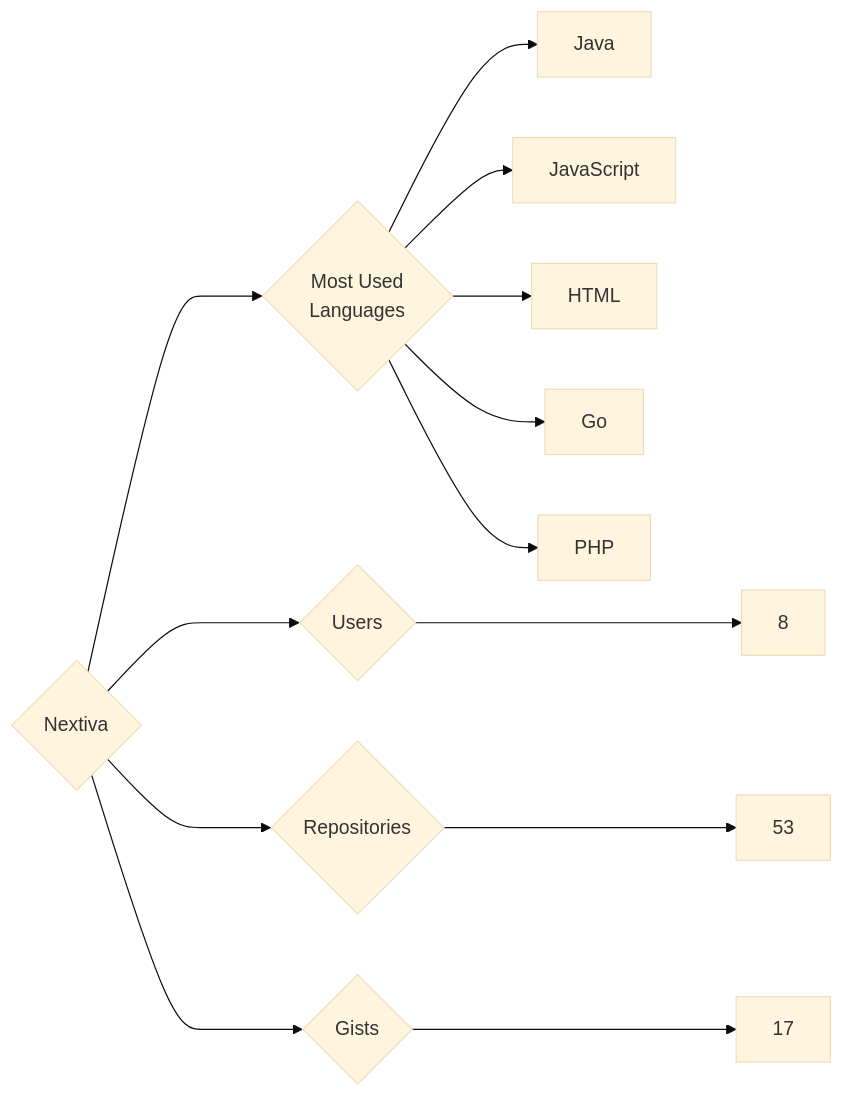
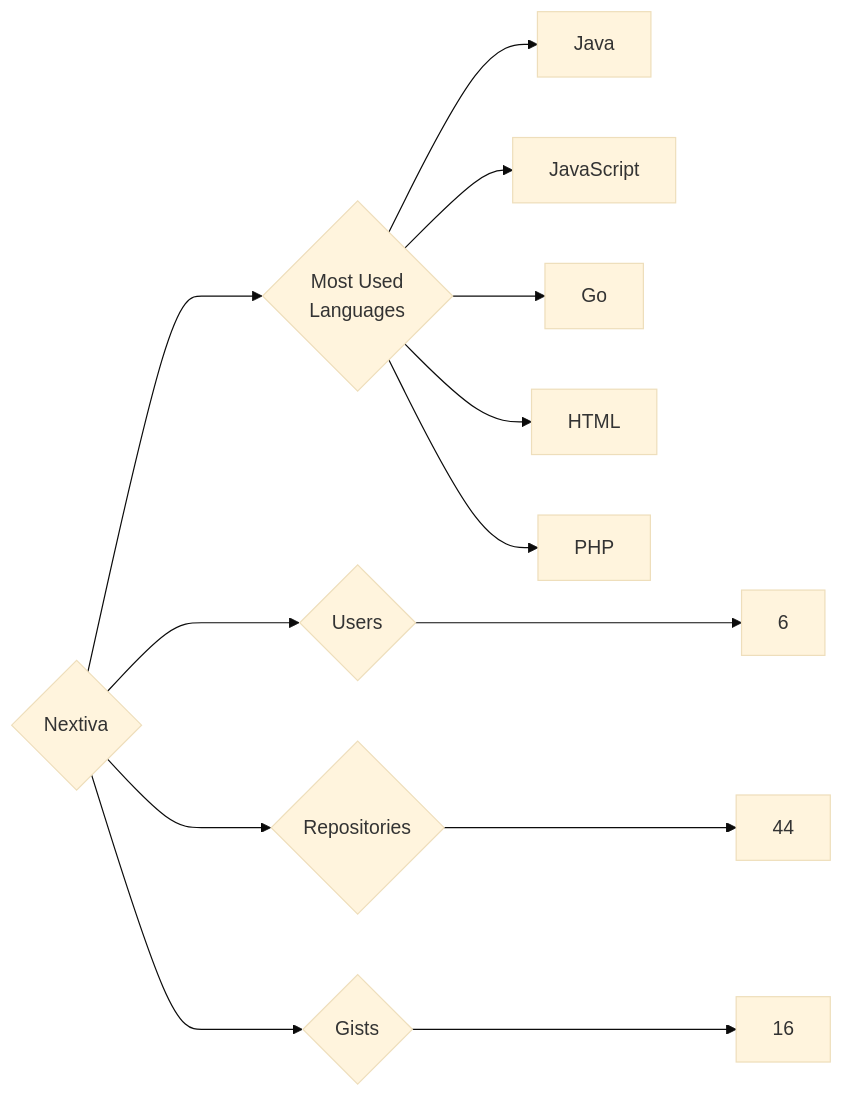
The diagram in targets/Nextiva/README.md (trickest/insiders), drawn with Mermaid (base theme) before and after one commit. The commit also changed 1496 other files, not shown here.

````diff
--- a/targets/Nextiva/README.md
+++ b/targets/Nextiva/README.md
@@ -3,13 +3,13 @@
 ```mermaid
 graph LR
 COMPANY_NAME{Nextiva}
-COMPANY_NAME ---> U{Users} ---> UN[8]
-COMPANY_NAME ---> R{Repositories} ---> RN[53]
-COMPANY_NAME ---> G{Gists} ---> GN[17]
+COMPANY_NAME ---> U{Users} ---> UN[6]
+COMPANY_NAME ---> R{Repositories} ---> RN[44]
+COMPANY_NAME ---> G{Gists} ---> GN[16]
 COMPANY_NAME ---> ML{Most Used<br>Languages}
 ML --> Java[Java]
 ML --> JavaScript[JavaScript]
+ML --> Go[Go]
 ML --> HTML[HTML]
-ML --> Go[Go]
 ML --> PHP[PHP]
 ```
````
